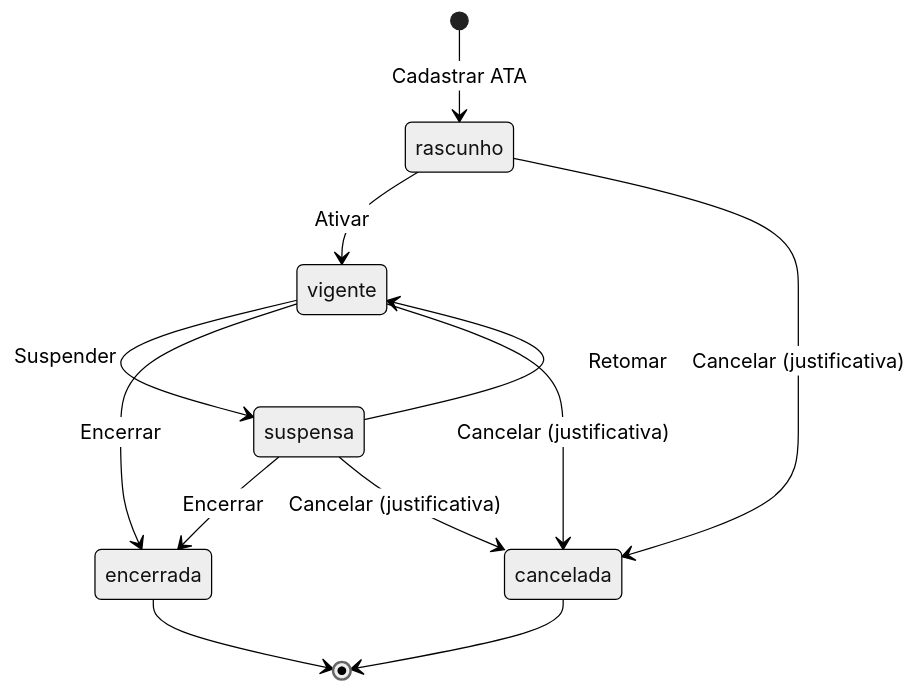
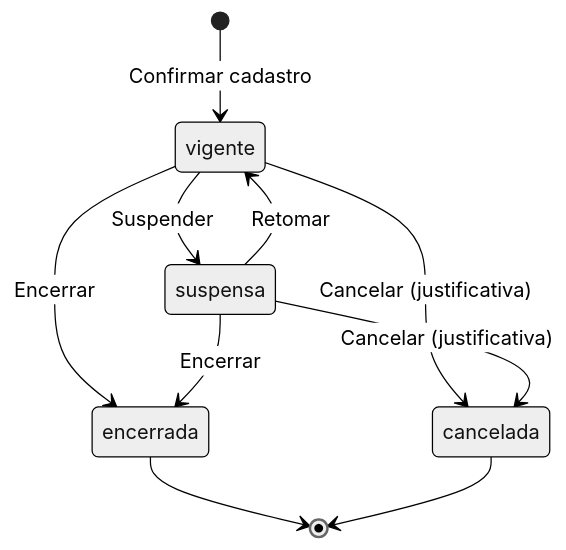
The second of 2 diagrams in docs/product/user-flows/atas.md (isaacgraper/sigi), drawn with Mermaid (neutral theme) before and after one commit. The commit also changed other lines of this file and 41 other files, not shown here.

First line of the commit message:
docs: update the ATA user flow, design rules and open questions for the review step [SPEC-0013]

````diff
--- a/docs/product/user-flows/atas.md
+++ b/docs/product/user-flows/atas.md
@@ -51,14 +53,12 @@
 ```mermaid
 stateDiagram-v2
-  [*] --> rascunho: Cadastrar ATA
-  rascunho --> vigente: Ativar
+  [*] --> vigente: Confirmar cadastro
   vigente --> suspensa: Suspender
   suspensa --> vigente: Retomar
   vigente --> encerrada: Encerrar
   suspensa --> encerrada: Encerrar
-  rascunho --> cancelada: Cancelar (justificativa)
   vigente --> cancelada: Cancelar (justificativa)
   suspensa --> cancelada: Cancelar (justificativa)
   encerrada --> [*]
   cancelada --> [*]
 ```
````
